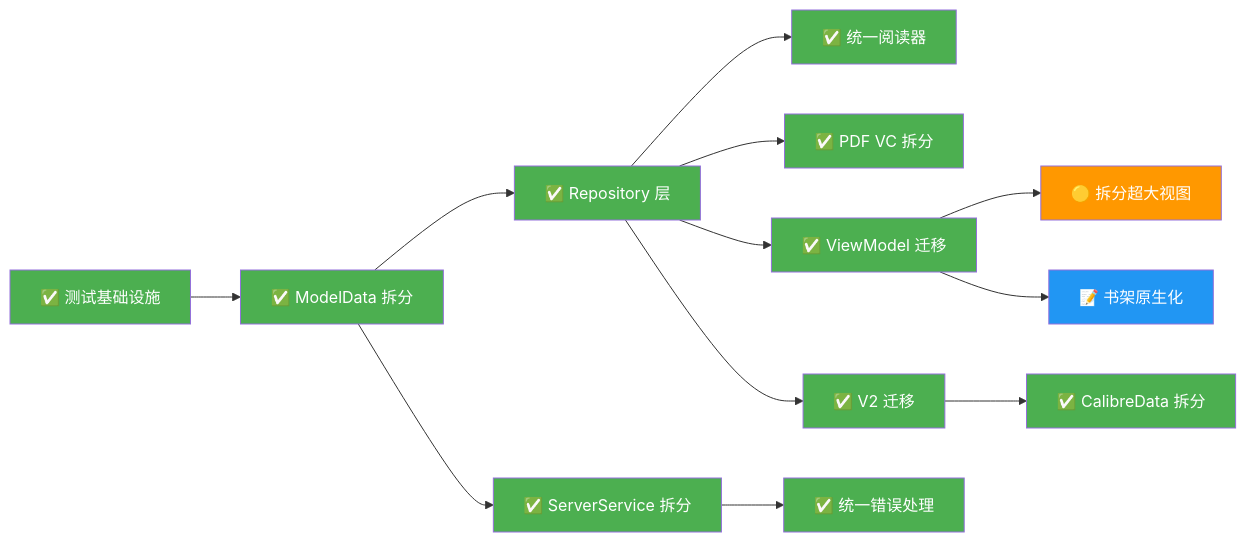
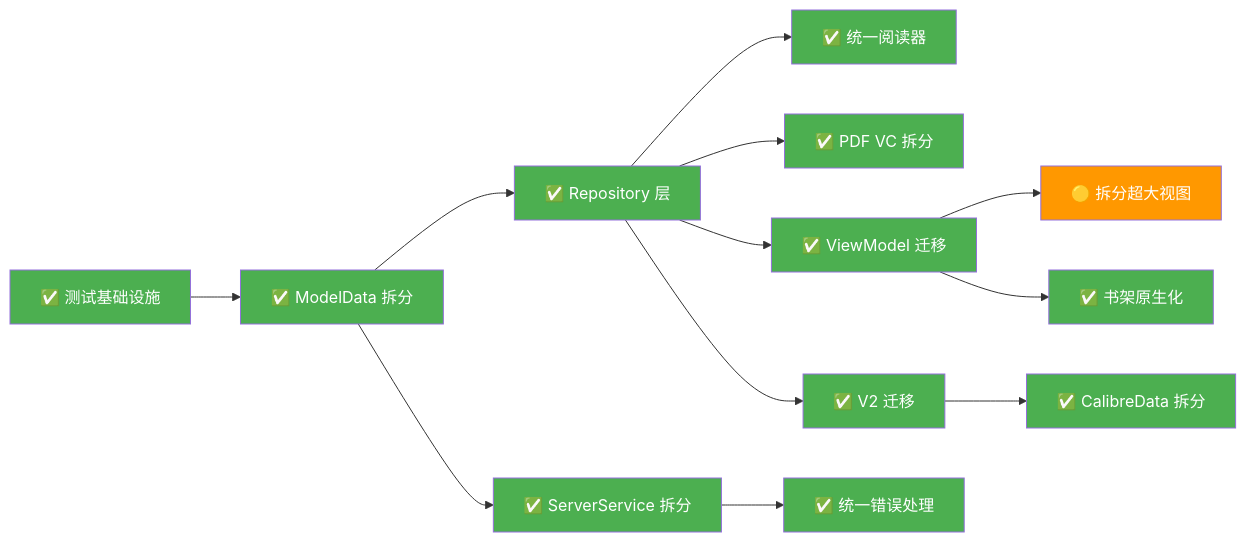
One commit to drearycold/YetAnotherEBookReader changed the third of 3 diagrams in .agents/plans/REFACTOR_PLAN.claude.md. Above: the diagram before and after it, drawn with Mermaid. The commit also changed other lines of this file and 22 other files, not shown here.

````diff
--- a/.agents/plans/REFACTOR_PLAN.claude.md
+++ b/.agents/plans/REFACTOR_PLAN.claude.md
@@ -803,27 +801,27 @@
 ```mermaid
 graph LR
     P0_2["✅ 测试基础设施"] --> P0_1["✅ ModelData 拆分"]
     P0_1 --> P0_3["✅ Repository 层"]
     P0_3 --> P1_Reader["✅ 统一阅读器"]
     P0_3 --> P1_PDF["✅ PDF VC 拆分"]
     P0_1 --> P1_Network["✅ ServerService 拆分"]
     P0_3 --> P1_VM["✅ ViewModel 迁移"]
     P0_3 --> P1_CB["✅ V2 迁移"]
     P1_VM --> P2_View["🟡 拆分超大视图"]
     P1_CB --> P2_Data["✅ CalibreData 拆分"]
     P1_Network --> P2_Error["✅ 统一错误处理"]
-    P1_VM --> P2_Shelf["📝 书架原生化"]
+    P1_VM --> P2_Shelf["✅ 书架原生化"]
     
     style P0_2 fill:#4CAF50,color:#fff
     style P0_1 fill:#4CAF50,color:#fff
     style P0_3 fill:#4CAF50,color:#fff
     style P1_Reader fill:#4CAF50,color:#fff
     style P1_PDF fill:#4CAF50,color:#fff
     style P1_Network fill:#4CAF50,color:#fff
     style P1_VM fill:#4CAF50,color:#fff
     style P1_CB fill:#4CAF50,color:#fff
     style P2_View fill:#FF9800,color:#fff
     style P2_Data fill:#4CAF50,color:#fff
     style P2_Error fill:#4CAF50,color:#fff
-    style P2_Shelf fill:#2196F3,color:#fff
+    style P2_Shelf fill:#4CAF50,color:#fff
 ```
````
